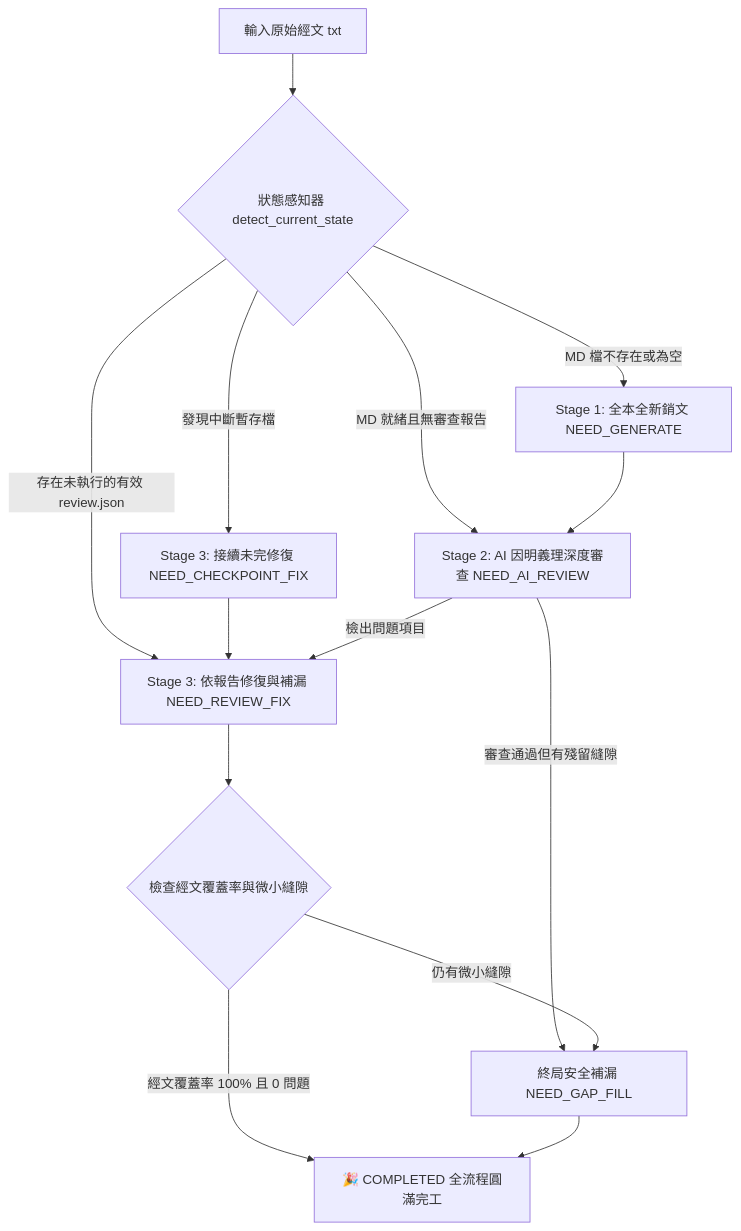
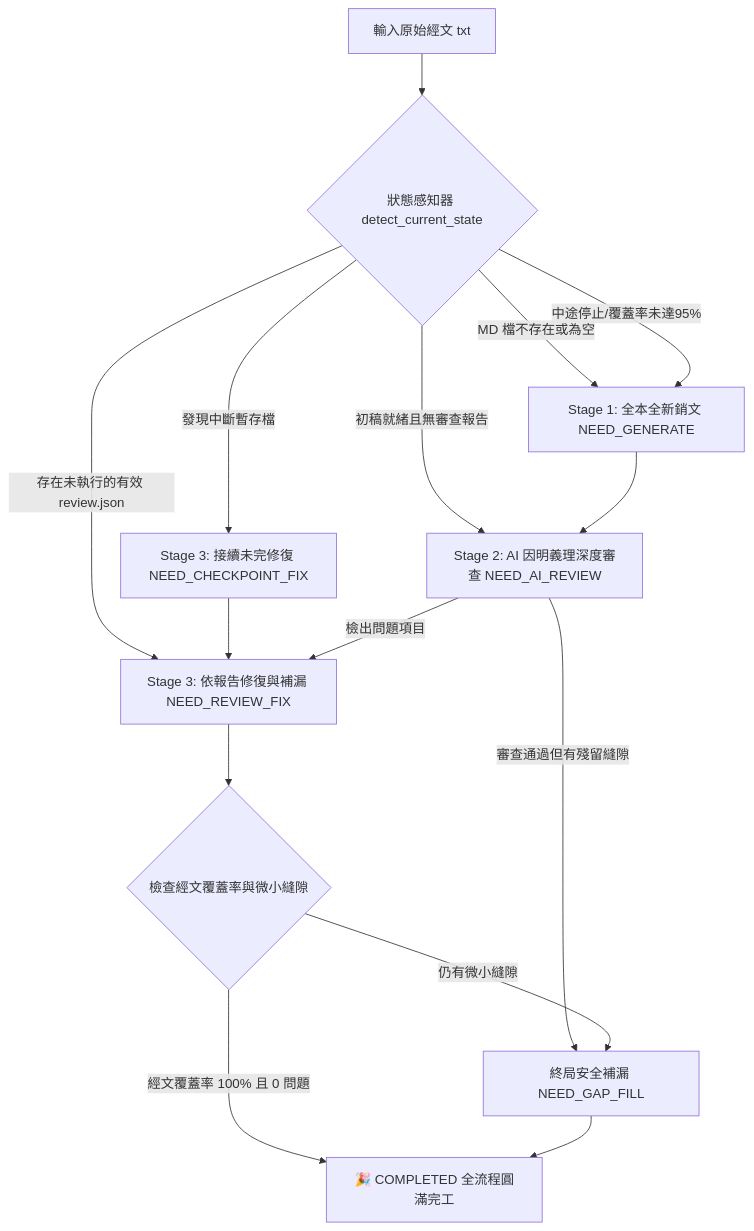
One commit to UncleHandsome/sutra-ai changed the diagram in README.md. Above: the diagram before and after it, drawn with Mermaid. The commit also changed other lines of this file, not shown here.

````diff
--- a/README.md
+++ b/README.md
@@ -111,16 +135,17 @@
 ```mermaid
 graph TD
     A[輸入原始經文 txt] --> B{狀態感知器 detect_current_state}
     B -->|MD 檔不存在或為空| C[Stage 1: 全本全新銷文 NEED_GENERATE]
+    B -->|中途停止/覆蓋率未達95%| C
     B -->|發現中斷暫存檔| D[Stage 3: 接續未完修復 NEED_CHECKPOINT_FIX]
     B -->|存在未執行的有效 review.json| E[Stage 3: 依報告修復與補漏 NEED_REVIEW_FIX]
-    B -->|MD 就緒且無審查報告| F[Stage 2: AI 因明義理深度審查 NEED_AI_REVIEW]
+    B -->|初稿就緒且無審查報告| F[Stage 2: AI 因明義理深度審查 NEED_AI_REVIEW]
     C --> F
     D --> E
     F -->|檢出問題項目| E
     E --> G{檢查經文覆蓋率與微小縫隙}
     F -->|審查通過但有殘留縫隙| H[終局安全補漏 NEED_GAP_FILL]
     G -->|經文覆蓋率 100% 且 0 問題| I[🎉 COMPLETED 全流程圓滿完工]
     G -->|仍有微小縫隙| H
     H --> I
 ```
````
